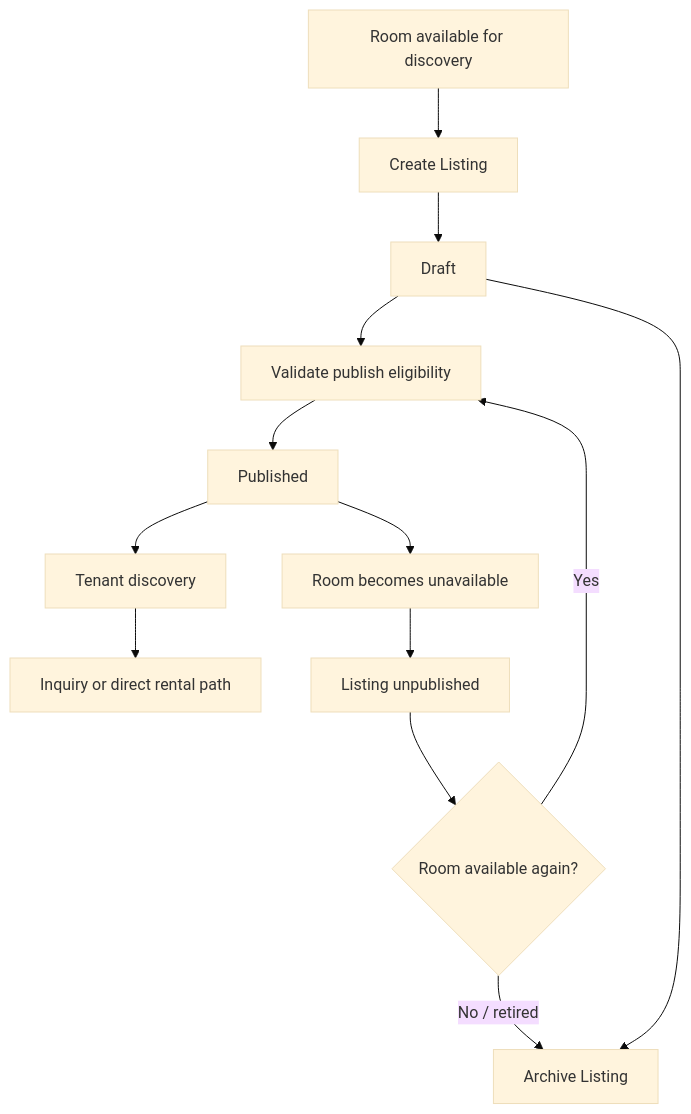
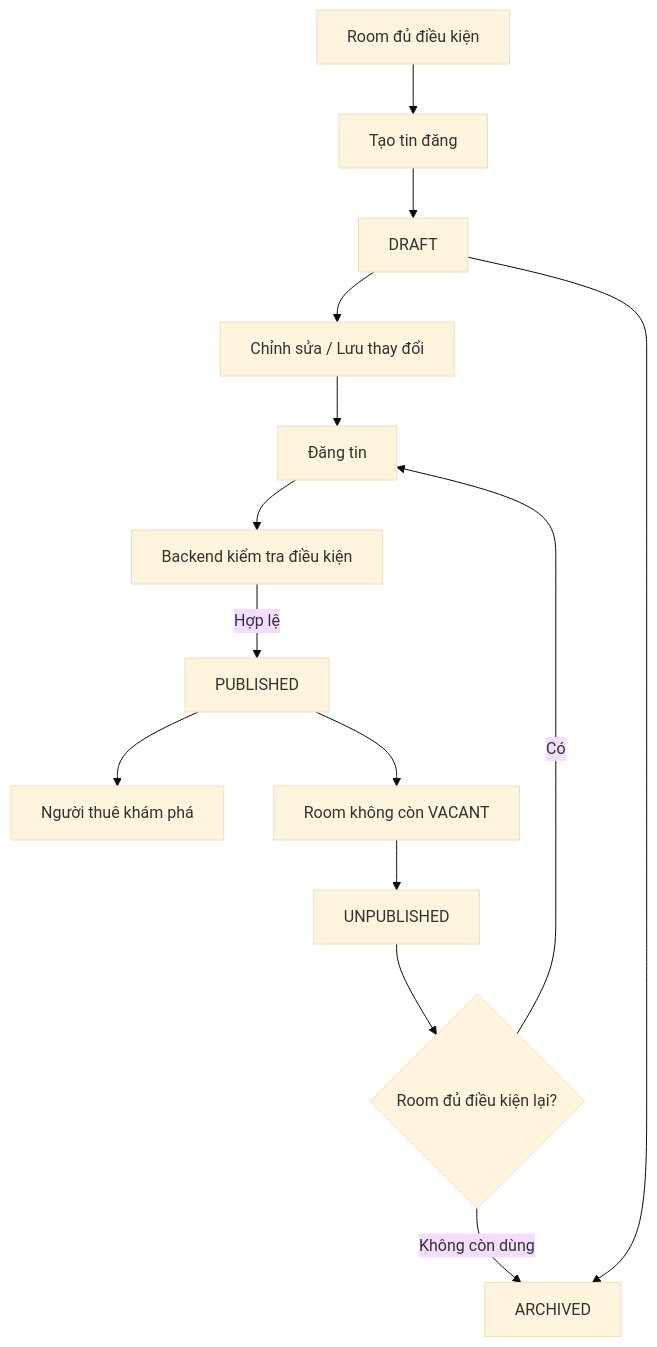
The first of 2 diagrams in docs/backlogs/v1/listing.md (Danh20100/moibile_app), drawn with Mermaid (base theme) before and after one commit. The commit also changed other lines of this file and 9 other files, not shown here.

````diff
--- a/docs/backlogs/v1/listing.md
+++ b/docs/backlogs/v1/listing.md
@@ -19,15 +33,16 @@
 ```mermaid
 flowchart TD
-    A[Room available for discovery] --> B[Create Listing]
-    B --> C[Draft]
-    C --> D[Validate publish eligibility]
-    D --> E[Published]
-    E --> F[Tenant discovery]
-    F --> G[Inquiry or direct rental path]
-    E --> H[Room becomes unavailable]
-    H --> I[Listing unpublished]
-    I --> J{Room available again?}
-    J -->|Yes| D
-    J -->|No / retired| K[Archive Listing]
-    C --> K
+    A["Room đủ điều kiện"] --> B["Tạo tin đăng"]
+    B --> C["DRAFT"]
+    C --> D["Chỉnh sửa / Lưu thay đổi"]
+    D --> E["Đăng tin"]
+    E --> F["Backend kiểm tra điều kiện"]
+    F -->|"Hợp lệ"| G["PUBLISHED"]
+    G --> H["Người thuê khám phá"]
+    G --> I["Room không còn VACANT"]
+    I --> J["UNPUBLISHED"]
+    J --> K{"Room đủ điều kiện lại?"}
+    K -->|"Có"| E
+    K -->|"Không còn dùng"| L["ARCHIVED"]
+    C --> L
 ```
````
